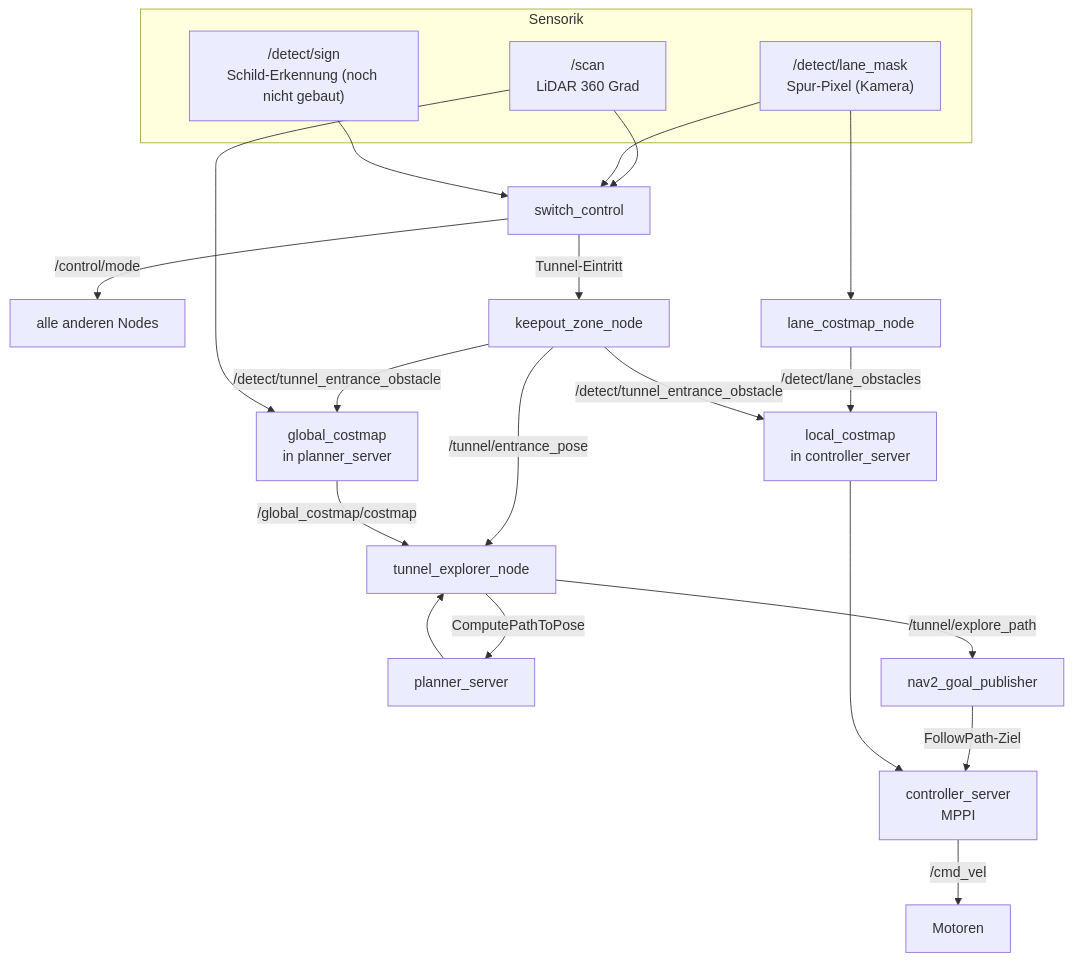
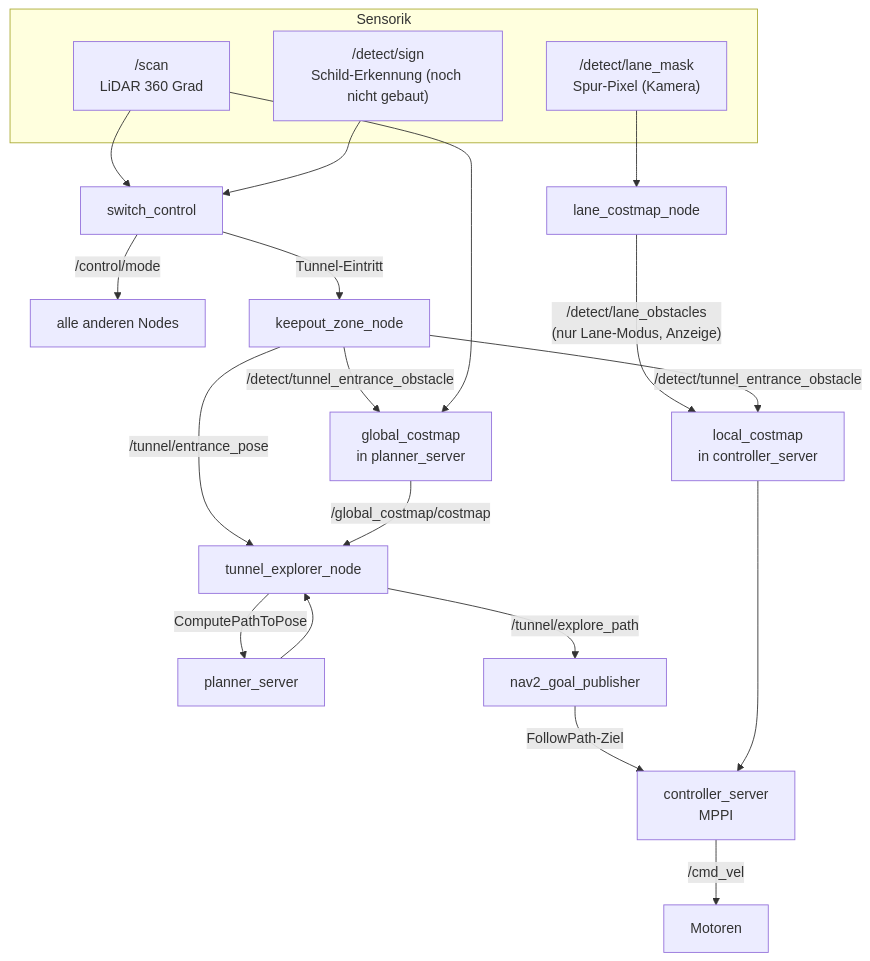
One commit to NaiRolF878/TurtleBot3-URMC changed the second of 4 diagrams in docs/Nav2LocalCoastmap_Doku.md. Above: the diagram before and after it, drawn with Mermaid. The commit also changed other lines of this file and 1 other file, not shown here.

````diff
--- a/docs/Nav2LocalCoastmap_Doku.md
+++ b/docs/Nav2LocalCoastmap_Doku.md
@@ -59,31 +59,30 @@
 ```mermaid
 flowchart TB
     subgraph Sensorik
         SCAN["/scan\nLiDAR 360 Grad"]
         LANE["/detect/lane_mask\nSpur-Pixel (Kamera)"]
         SIGN["/detect/sign\nSchild-Erkennung (noch nicht gebaut)"]
     end
 
     SCAN --> SC[switch_control]
-    LANE --> SC
     SIGN --> SC
     SC -->|"/control/mode"| ALL[alle anderen Nodes]
 
     LANE --> LCM[lane_costmap_node]
-    LCM -->|"/detect/lane_obstacles"| LC[local_costmap\nin controller_server]
+    LCM -->|"/detect/lane_obstacles\n(nur Lane-Modus, Anzeige)"| LC[local_costmap\nin controller_server]
 
     SC -->|Tunnel-Eintritt| KZ[keepout_zone_node]
     KZ -->|"/detect/tunnel_entrance_obstacle"| LC
     KZ -->|"/detect/tunnel_entrance_obstacle"| GC[global_costmap\nin planner_server]
     KZ -->|"/tunnel/entrance_pose"| TE[tunnel_explorer_node]
     SCAN --> GC
 
     GC -->|"/global_costmap/costmap"| TE
     TE -->|"ComputePathToPose"| PS[planner_server]
     PS --> TE
     TE -->|"/tunnel/explore_path"| GP[nav2_goal_publisher]
 
     GP -->|"FollowPath-Ziel"| CS[controller_server\nMPPI]
     LC --> CS
     CS -->|"/cmd_vel"| MOT[Motoren]
 ```
````
